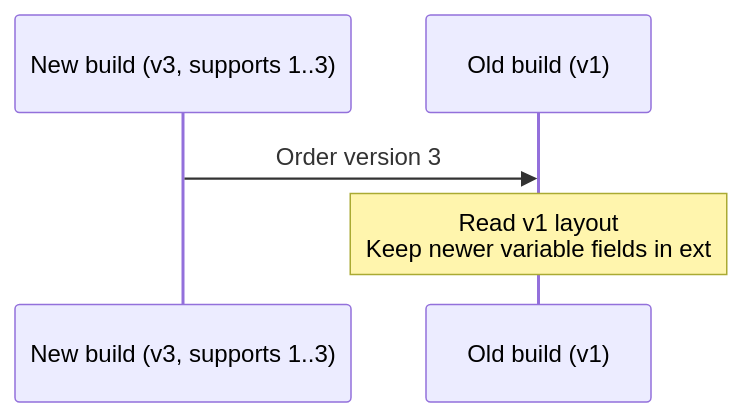
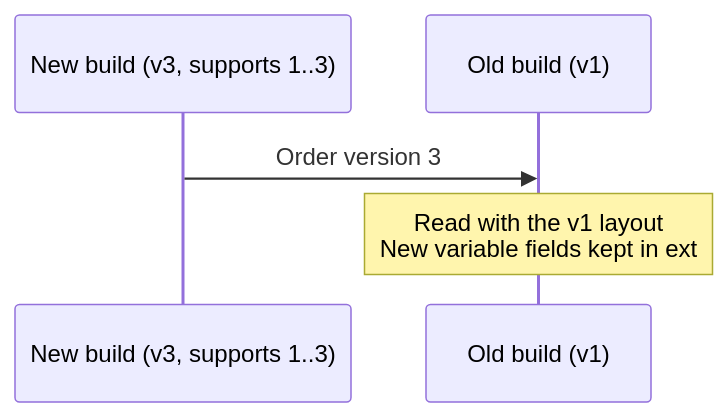
Before and after one commit to splendidz/protaco: the second of 5 diagrams in README.md, drawn with Mermaid. The commit also changed other lines of this file and 10 other files, not shown here.

````diff
--- a/README.md
+++ b/README.md
@@ -543,7 +983,7 @@
 ```mermaid
 sequenceDiagram
     participant N as New build (v3, supports 1..3)
     participant O as Old build (v1)
     N->>O: Order version 3
-    Note over O: Read v1 layout<br/>Keep newer variable fields in ext
+    Note over O: Read with the v1 layout<br/>New variable fields kept in ext
 ```
````
